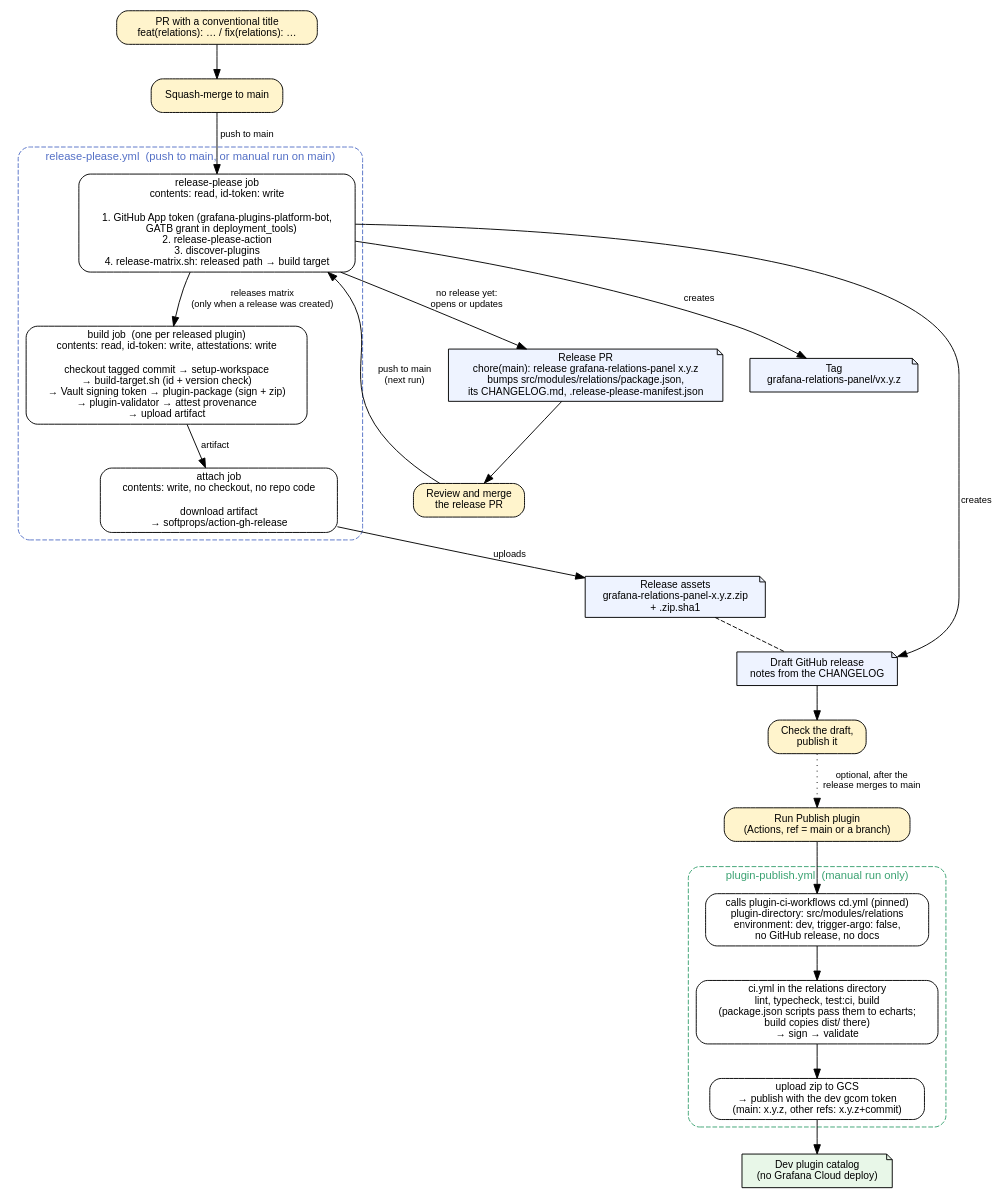
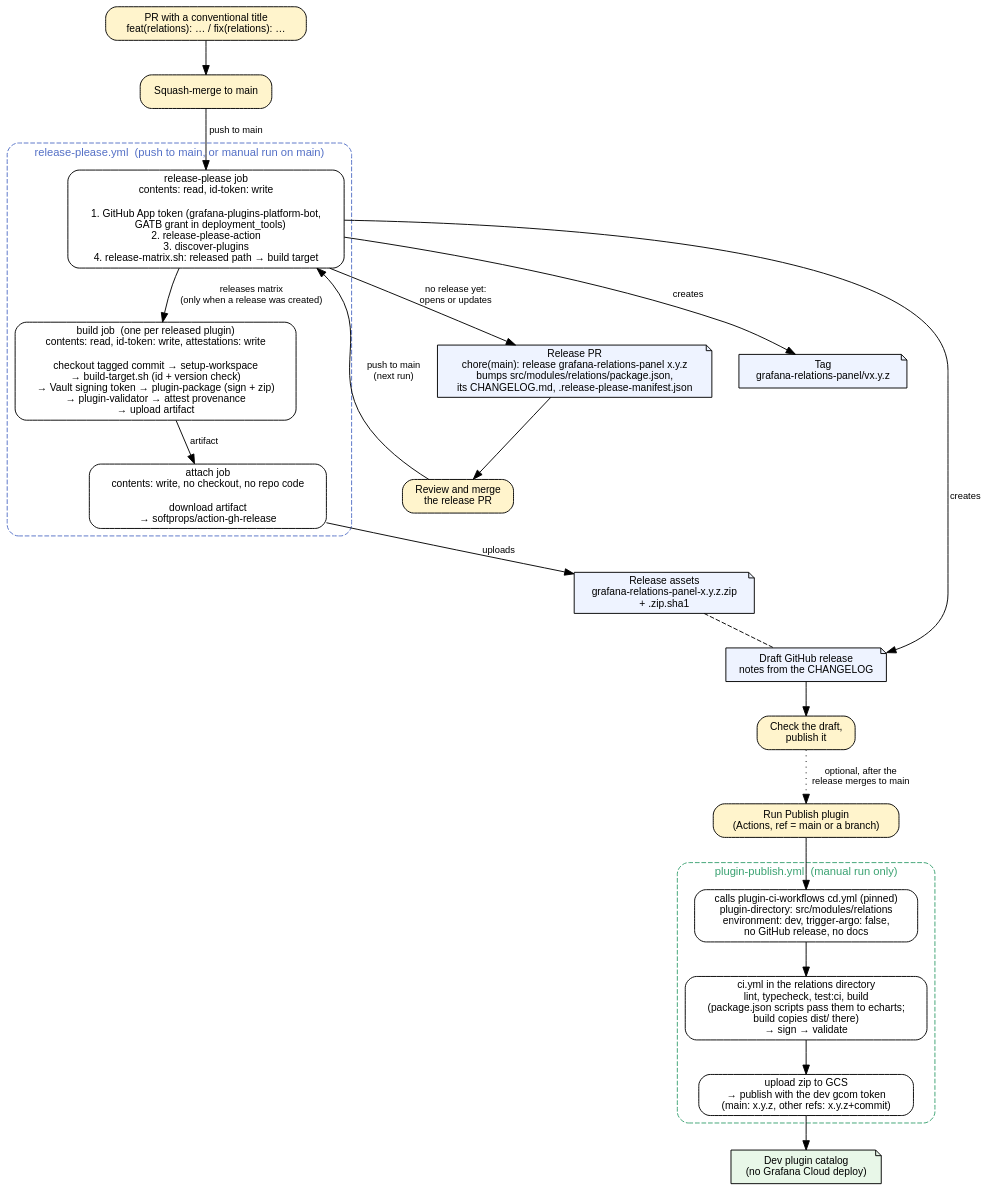
One commit to grafana/dataViz changed the diagram in .github/actions/release-flow.dot. Above: the diagram before and after it, drawn with Graphviz. The commit also changed 2 other files, not shown here.

Commit message:
docs(CI): transparent background for the release diagram

```diff
--- a/.github/actions/release-flow.dot
+++ b/.github/actions/release-flow.dot
@@ -1,69 +1,69 @@
 // How grafana-relations-panel is released and published to dev.
 // Source for release-flow.svg and release-flow.png, shown in RELEASES.md.
 // After editing, from this directory:
 //   dot -Tsvg release-flow.dot -o release-flow.svg && dot -Tpng release-flow.dot -o release-flow.png
 digraph release_flow {
-  graph [rankdir=TB, fontname="Helvetica", fontsize=12, nodesep=0.4, ranksep=0.5, compound=true];
+  graph [rankdir=TB, bgcolor="transparent", fontname="Helvetica", fontsize=12, nodesep=0.4, ranksep=0.5, compound=true];
   node  [fontname="Helvetica", fontsize=11, shape=box, style="rounded,filled", fillcolor="#ffffff"];
   edge  [fontname="Helvetica", fontsize=10];
 
   // People and their actions
   node [shape=box, style="rounded,filled", fillcolor="#fff4cc"];
   dev_pr        [label="PR with a conventional title\nfeat(relations): … / fix(relations): …"];
   merge_pr      [label="Squash-merge to main"];
   merge_release [label="Review and merge\nthe release PR"];
   publish_draft [label="Check the draft,\npublish it"];
   dispatch      [label="Run Publish plugin\n(Actions, ref = main or a branch)"];
 
   // GitHub objects
   node [shape=note, style="filled", fillcolor="#eef3ff"];
   release_pr [label="Release PR\nchore(main): release grafana-relations-panel x.y.z\nbumps src/modules/relations/package.json,\nits CHANGELOG.md, .release-please-manifest.json"];
   tag        [label="Tag\ngrafana-relations-panel/vx.y.z"];
   draft      [label="Draft GitHub release\nnotes from the CHANGELOG"];
   assets     [label="Release assets\ngrafana-relations-panel-x.y.z.zip\n+ .zip.sha1"];
   catalog    [label="Dev plugin catalog\n(no Grafana Cloud deploy)", fillcolor="#e8f7e8"];
 
   // release-please.yml
   subgraph cluster_release {
     label="release-please.yml  (push to main, or manual run on main)";
     style="rounded,dashed"; color="#5470c6"; fontcolor="#5470c6";
     node [shape=box, style="rounded,filled", fillcolor="#ffffff"];
 
     rp_job [label="release-please job\ncontents: read, id-token: write\n\n1. GitHub App token (grafana-plugins-platform-bot,\n    GATB grant in deployment_tools)\n2. release-please-action\n3. discover-plugins\n4. release-matrix.sh: released path → build target"];
     build_job [label="build job  (one per released plugin)\ncontents: read, id-token: write, attestations: write\n\ncheckout tagged commit → setup-workspace\n→ build-target.sh (id + version check)\n→ Vault signing token → plugin-package (sign + zip)\n→ plugin-validator → attest provenance\n→ upload artifact"];
     attach_job [label="attach job\ncontents: write, no checkout, no repo code\n\ndownload artifact\n→ softprops/action-gh-release"];
 
     rp_job -> build_job [label="releases matrix\n(only when a release was created)"];
     build_job -> attach_job [label="artifact"];
   }
 
   // plugin-publish.yml
   subgraph cluster_publish {
     label="plugin-publish.yml  (manual run only)";
     style="rounded,dashed"; color="#3ba272"; fontcolor="#3ba272";
     node [shape=box, style="rounded,filled", fillcolor="#ffffff"];
 
     cd_call [label="calls plugin-ci-workflows cd.yml (pinned)\nplugin-directory: src/modules/relations\nenvironment: dev, trigger-argo: false,\nno GitHub release, no docs"];
     cd_ci [label="ci.yml in the relations directory\nlint, typecheck, test:ci, build\n(package.json scripts pass them to echarts;\nbuild copies dist/ there)\n→ sign → validate"];
     cd_publish [label="upload zip to GCS\n→ publish with the dev gcom token\n(main: x.y.z, other refs: x.y.z+commit)"];
 
     cd_call -> cd_ci -> cd_publish;
   }
 
   // Release flow
   dev_pr -> merge_pr;
   merge_pr -> rp_job [label="push to main"];
   rp_job -> release_pr [label="no release yet:\nopens or updates"];
   release_pr -> merge_release;
   merge_release -> rp_job [label="push to main\n(next run)"];
   rp_job -> tag [label="creates"];
   rp_job -> draft [label="creates"];
   attach_job -> assets [label="uploads"];
   assets -> draft [style=dashed, arrowhead=none];
   draft -> publish_draft;
 
   // Dev publish flow
   dispatch -> cd_call;
   cd_publish -> catalog;
   publish_draft -> dispatch [style=dotted, label="optional, after the\nrelease merges to main"];
 }
```
